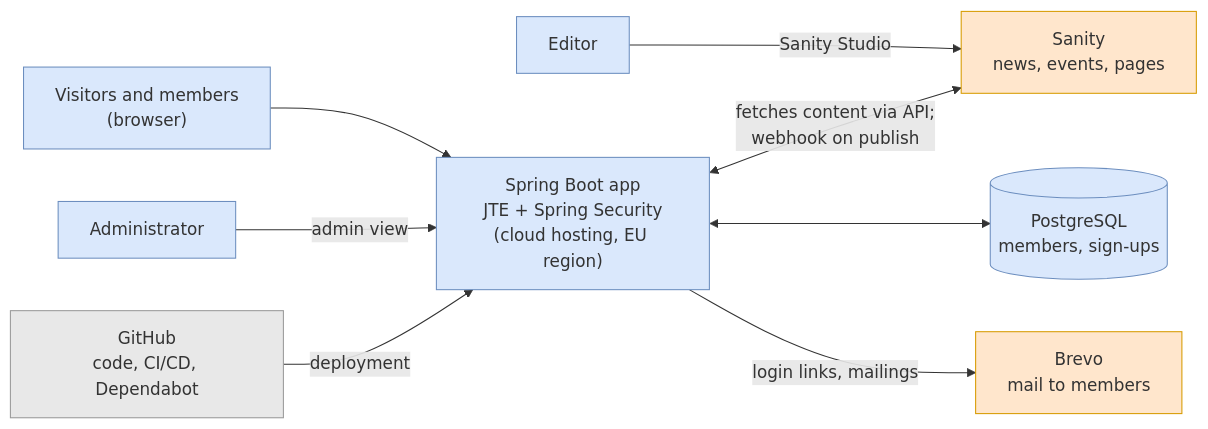
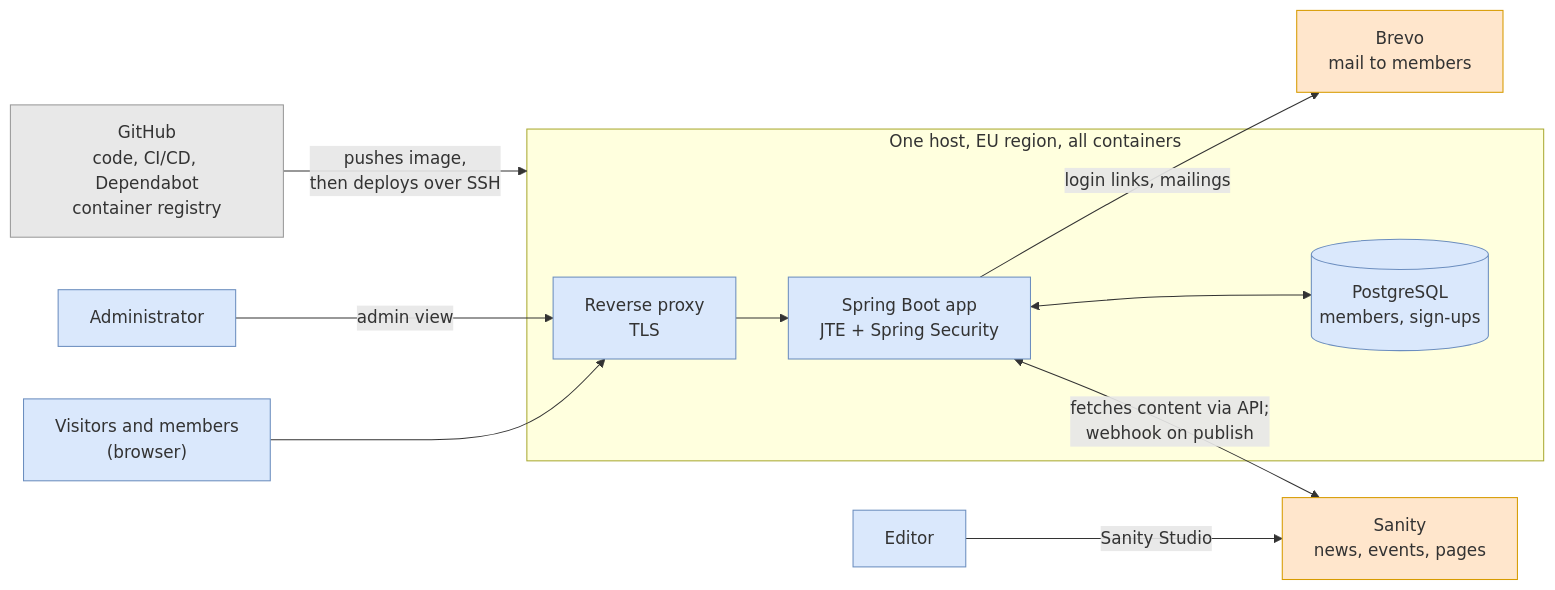
The first of 4 diagrams in docs/projektplan.md (AlexanderReaper7/teaterihuskvarna), drawn with Mermaid before and after one commit. The commit also changed other lines of this file and 6 other files, not shown here.

````diff
--- a/docs/projektplan.md
+++ b/docs/projektplan.md
@@ -57,26 +62,31 @@
 ```mermaid
 flowchart LR
     editor[Editor]
     visitor["Visitors and members<br/>(browser)"]
     admin[Administrator]
-    github["GitHub<br/>code, CI/CD, Dependabot"]
-    app["Spring Boot app<br/>JTE + Spring Security<br/>(cloud hosting, EU region)"]
+    github["GitHub<br/>code, CI/CD, Dependabot<br/>container registry"]
     sanity["Sanity<br/>news, events, pages"]
-    db[("PostgreSQL<br/>members, sign-ups")]
     brevo["Brevo<br/>mail to members"]
 
+    subgraph host["One host, EU region, all containers"]
+        proxy["Reverse proxy<br/>TLS"]
+        app["Spring Boot app<br/>JTE + Spring Security"]
+        db[("PostgreSQL<br/>members, sign-ups")]
+    end
+
     editor -- "Sanity Studio" --> sanity
-    visitor --> app
-    admin -- "admin view" --> app
-    github -- "deployment" --> app
+    visitor --> proxy
+    admin -- "admin view" --> proxy
+    proxy --> app
+    github -- "pushes image,<br/>then deploys over SSH" --> host
     app <-- "fetches content via API;<br/>webhook on publish" --> sanity
     app <--> db
     app -- "login links, mailings" --> brevo
 
     classDef internal fill:#dae8fc,stroke:#6c8ebf
     classDef external fill:#ffe6cc,stroke:#d79b00
     classDef tooling fill:#e8e8e8,stroke:#999999
-    class editor,visitor,admin,app,db internal
+    class editor,visitor,admin,proxy,app,db internal
     class sanity,brevo external
     class github tooling
 ```
````
